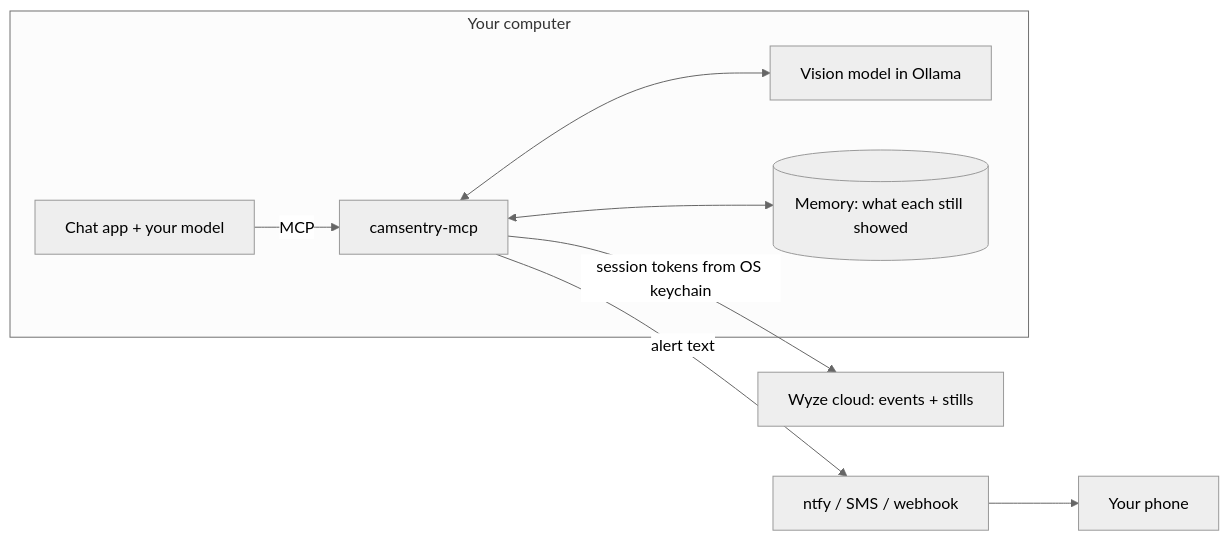
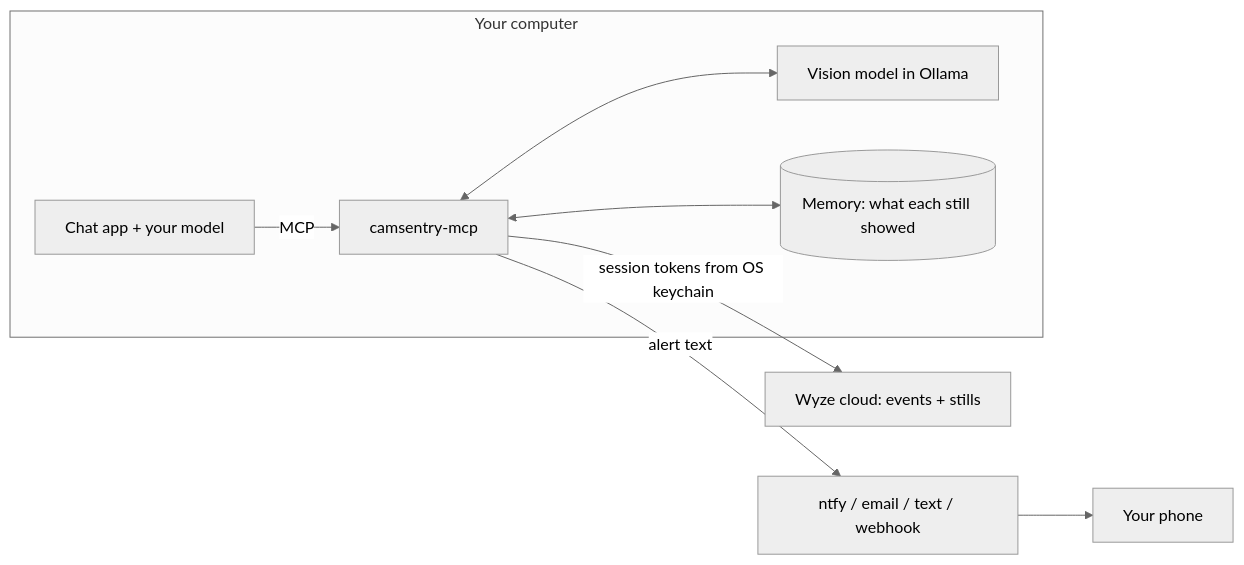
Before and after one commit to 14manj01/camsentry-mcp: the diagram in README.md, drawn with Mermaid (neutral theme). The commit also changed other lines of this file and 1 other file, not shown here.

Commit message:
README: say alerts arrive by push, email or text

````diff
--- a/README.md
+++ b/README.md
@@ -103,10 +103,10 @@
 ```mermaid
 flowchart LR
     subgraph PC[Your computer]
         M[Chat app + your model] -- MCP --> S[camsentry-mcp]
         S <--> V[Vision model in Ollama]
         S <--> D[(Memory: what each still showed)]
     end
     S -- session tokens from OS keychain --> W[Wyze cloud: events + stills]
-    S -- alert text --> N[ntfy / SMS / webhook] --> P[Your phone]
+    S -- alert text --> N[ntfy / email / text / webhook] --> P[Your phone]
 ```
````
